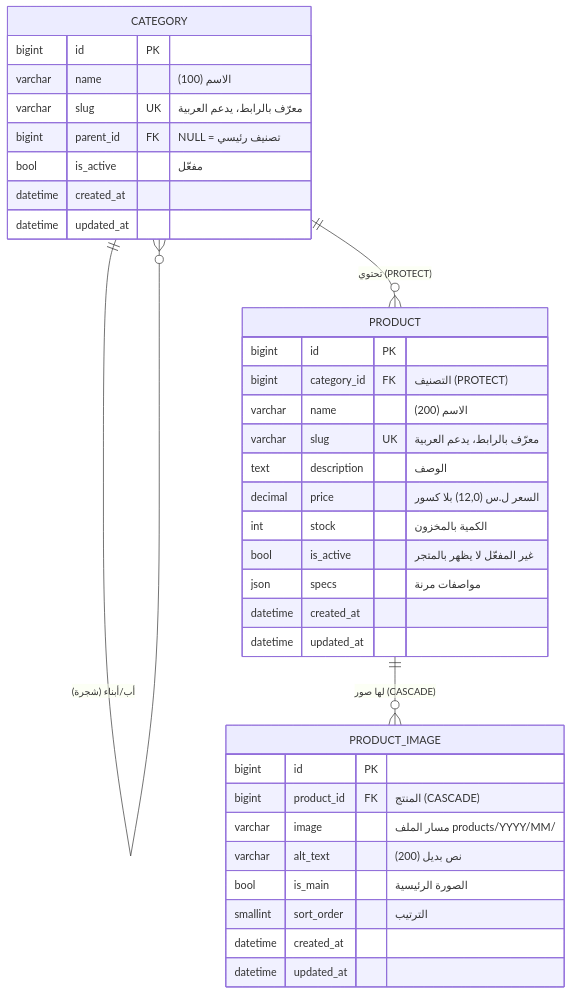
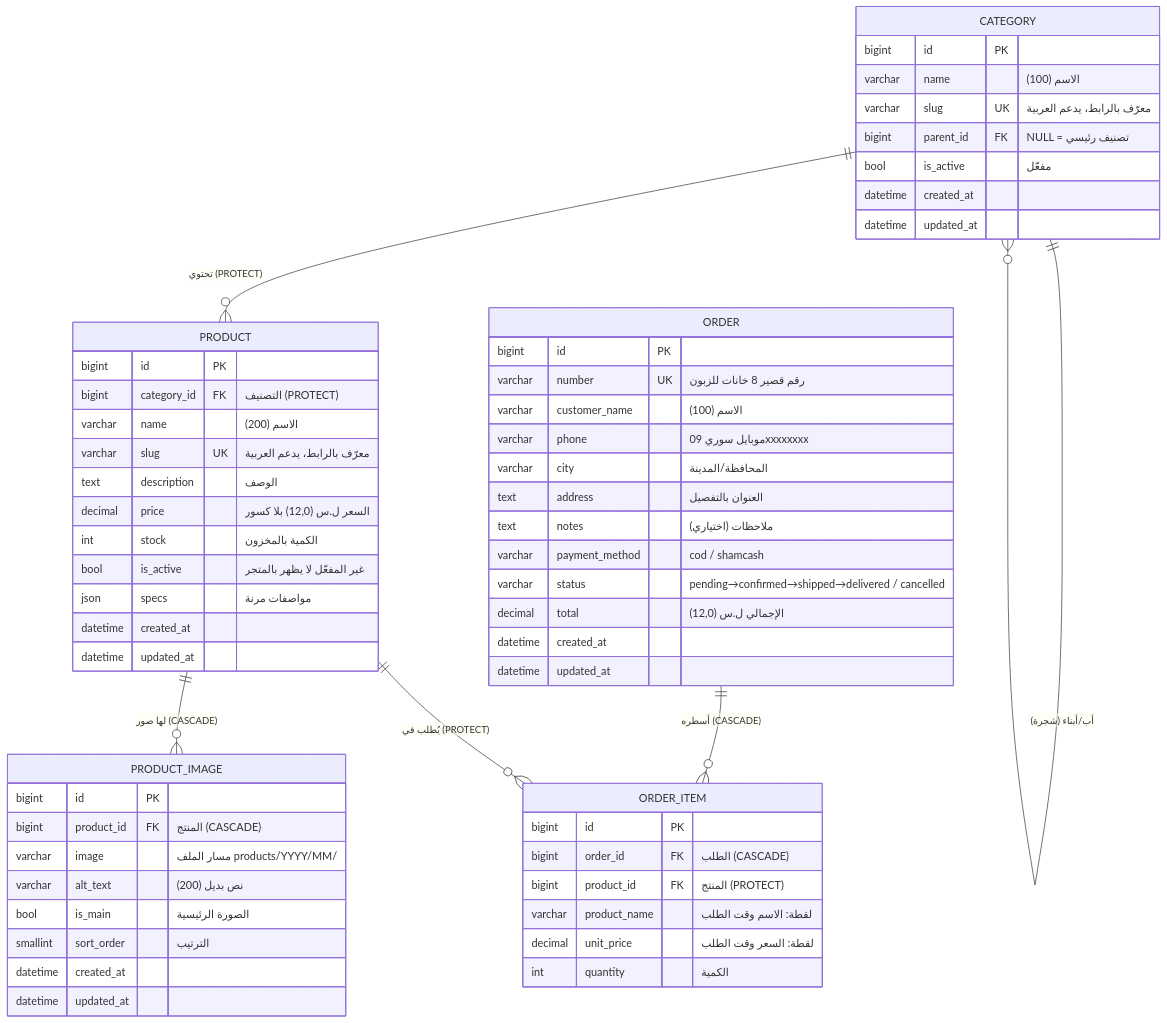
One commit to ITomarShamma/Al-Sayyad changed the diagram in docs/database-schema.md. Above: the diagram before and after it, drawn with Mermaid. The commit also changed other lines of this file and 14 other files, not shown here.

````diff
--- a/docs/database-schema.md
+++ b/docs/database-schema.md
@@ -17,39 +17,63 @@
 ```mermaid
 erDiagram
     CATEGORY ||--o{ CATEGORY : "أب/أبناء (شجرة)"
     CATEGORY ||--o{ PRODUCT  : "تحتوي (PROTECT)"
     PRODUCT  ||--o{ PRODUCT_IMAGE : "لها صور (CASCADE)"
+    ORDER    ||--o{ ORDER_ITEM : "أسطره (CASCADE)"
+    PRODUCT  ||--o{ ORDER_ITEM : "يُطلب في (PROTECT)"
 
     CATEGORY {
         bigint id PK
         varchar name "الاسم (100)"
         varchar slug UK "معرّف بالرابط، يدعم العربية"
         bigint parent_id FK "NULL = تصنيف رئيسي"
         bool is_active "مفعّل"
         datetime created_at
         datetime updated_at
     }
     PRODUCT {
         bigint id PK
         bigint category_id FK "التصنيف (PROTECT)"
         varchar name "الاسم (200)"
         varchar slug UK "معرّف بالرابط، يدعم العربية"
         text description "الوصف"
         decimal price "السعر ل.س (12,0) بلا كسور"
         int stock "الكمية بالمخزون"
         bool is_active "غير المفعّل لا يظهر بالمتجر"
         json specs "مواصفات مرنة"
         datetime created_at
         datetime updated_at
     }
     PRODUCT_IMAGE {
         bigint id PK
         bigint product_id FK "المنتج (CASCADE)"
         varchar image "مسار الملف products/YYYY/MM/"
         varchar alt_text "نص بديل (200)"
         bool is_main "الصورة الرئيسية"
         smallint sort_order "الترتيب"
         datetime created_at
         datetime updated_at
     }
+    ORDER {
+        bigint id PK
+        varchar number UK "رقم قصير 8 خانات للزبون"
+        varchar customer_name "الاسم (100)"
+        varchar phone "موبايل سوري 09xxxxxxxx"
+        varchar city "المحافظة/المدينة"
+        text address "العنوان بالتفصيل"
+        text notes "ملاحظات (اختياري)"
+        varchar payment_method "cod / shamcash"
+        varchar status "pending→confirmed→shipped→delivered / cancelled"
+        decimal total "الإجمالي ل.س (12,0)"
+        datetime created_at
+        datetime updated_at
+    }
+    ORDER_ITEM {
+        bigint id PK
+        bigint order_id FK "الطلب (CASCADE)"
+        bigint product_id FK "المنتج (PROTECT)"
+        varchar product_name "لقطة: الاسم وقت الطلب"
+        decimal unit_price "لقطة: السعر وقت الطلب"
+        int quantity "الكمية"
+    }
 ```
````
